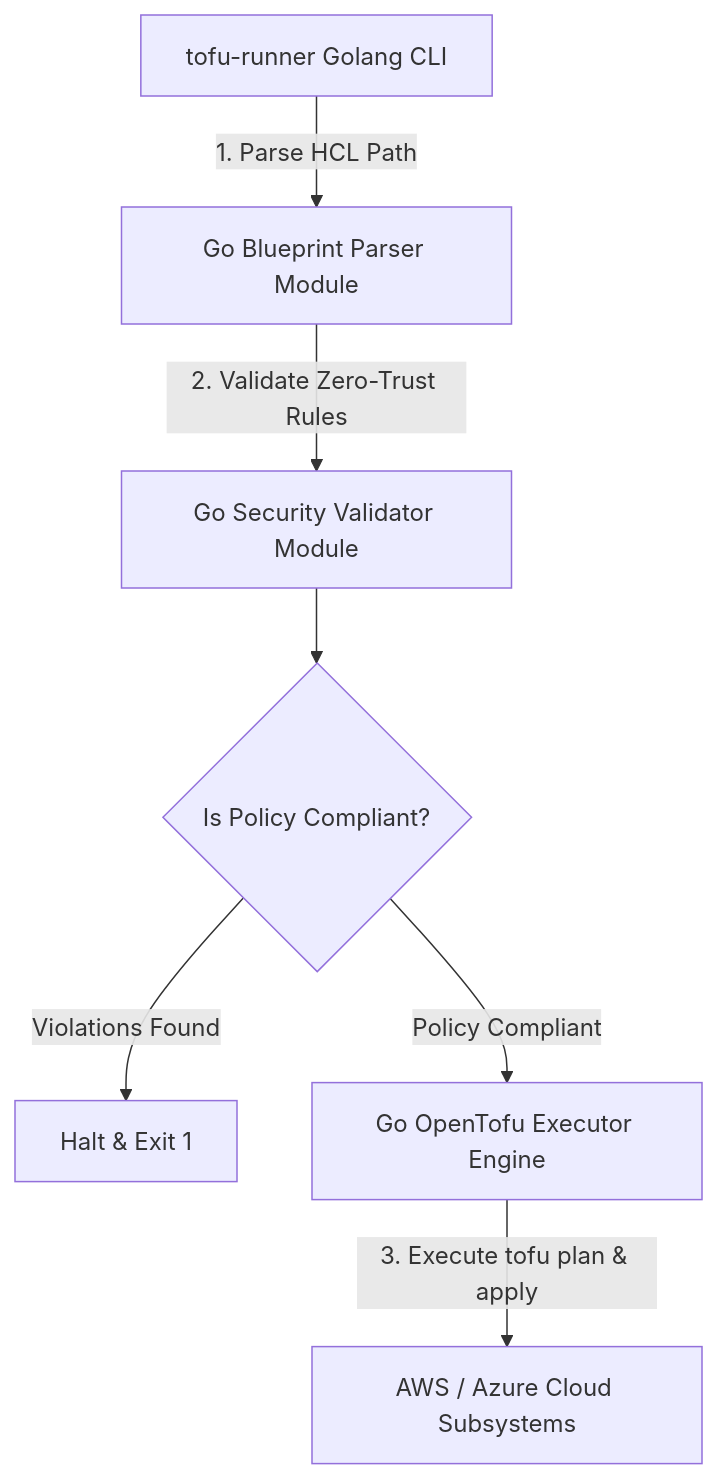
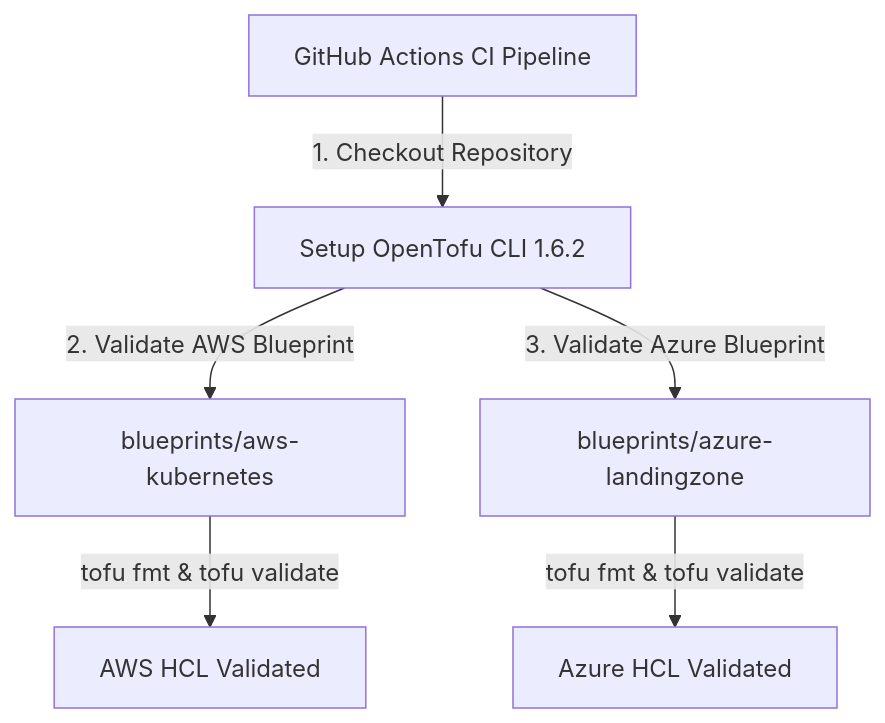
The diagram in README.md (Devopstrio/opentofu-blueprints), drawn with Mermaid before and after one commit. The commit also changed other lines of this file and 16 other files, not shown here.

Commit message:
refactor(ci): convert repository to pure OpenTofu IaC blueprints and update CI workflow

````diff
--- a/README.md
+++ b/README.md
@@ -29,9 +29,8 @@
 ```mermaid
 flowchart TD
-    CLI[tofu-runner Golang CLI] -->|1. Parse HCL Path| Parser[Go Blueprint Parser Module]
-    Parser -->|2. Validate Zero-Trust Rules| Validator[Go Security Validator Module]
-    Validator --> IsCompliant{Is Policy Compliant?}
-    IsCompliant -- Violations Found --> Halt[Halt & Exit 1]
-    IsCompliant -- Policy Compliant --> Executor[Go OpenTofu Executor Engine]
-    Executor -->|3. Execute tofu plan & apply| MultiCloud[AWS / Azure Cloud Subsystems]
+    GitHubActions[GitHub Actions CI Pipeline] -->|1. Checkout Repository| SetupTofu[Setup OpenTofu CLI 1.6.2]
+    SetupTofu -->|2. Validate AWS Blueprint| AWSModule[blueprints/aws-kubernetes]
+    SetupTofu -->|3. Validate Azure Blueprint| AzureModule[blueprints/azure-landingzone]
+    AWSModule -->|tofu fmt & tofu validate| CleanAWS[AWS HCL Validated]
+    AzureModule -->|tofu fmt & tofu validate| CleanAzure[Azure HCL Validated]
 ```
````
